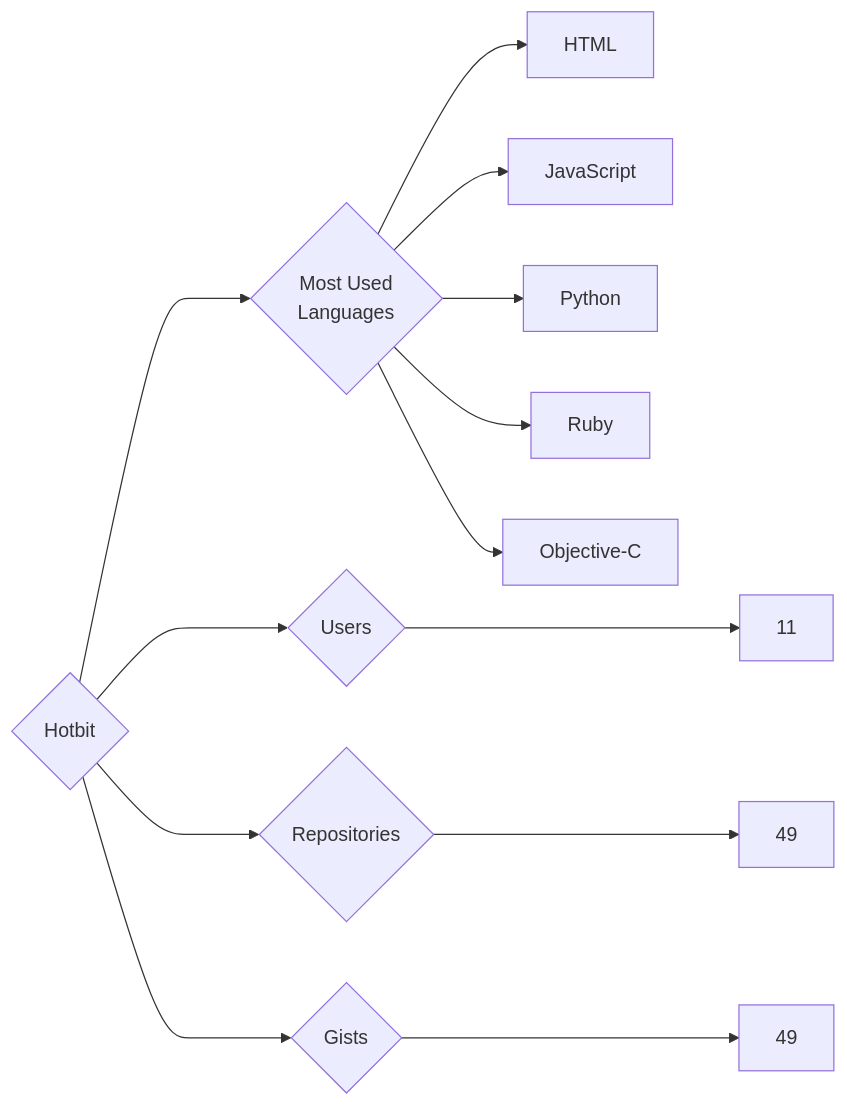
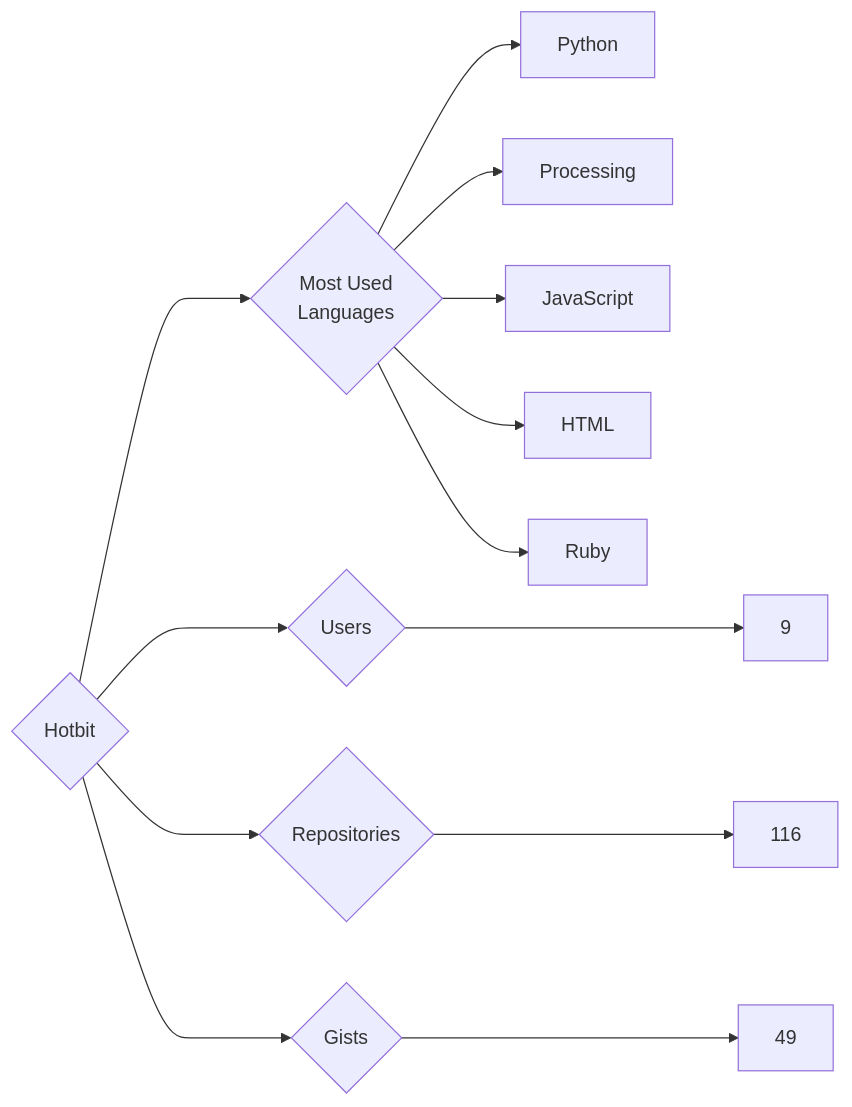
One commit to trickest/insiders changed the diagram in targets/Hotbit/README.md. Above: the diagram before and after it, drawn with Mermaid. The commit also changed 933 other files, not shown here.

````diff
--- a/targets/Hotbit/README.md
+++ b/targets/Hotbit/README.md
@@ -3,13 +3,13 @@
 ```mermaid
 graph LR
 COMPANY_NAME{Hotbit}
-COMPANY_NAME ---> U{Users} ---> UN[11]
-COMPANY_NAME ---> R{Repositories} ---> RN[49]
+COMPANY_NAME ---> U{Users} ---> UN[9]
+COMPANY_NAME ---> R{Repositories} ---> RN[116]
 COMPANY_NAME ---> G{Gists} ---> GN[49]
 COMPANY_NAME ---> ML{Most Used<br>Languages}
+ML --> Python[Python]
+ML --> Processing[Processing]
+ML --> JavaScript[JavaScript]
 ML --> HTML[HTML]
-ML --> JavaScript[JavaScript]
-ML --> Python[Python]
 ML --> Ruby[Ruby]
-ML --> Objective-C[Objective-C]
 ```
````
